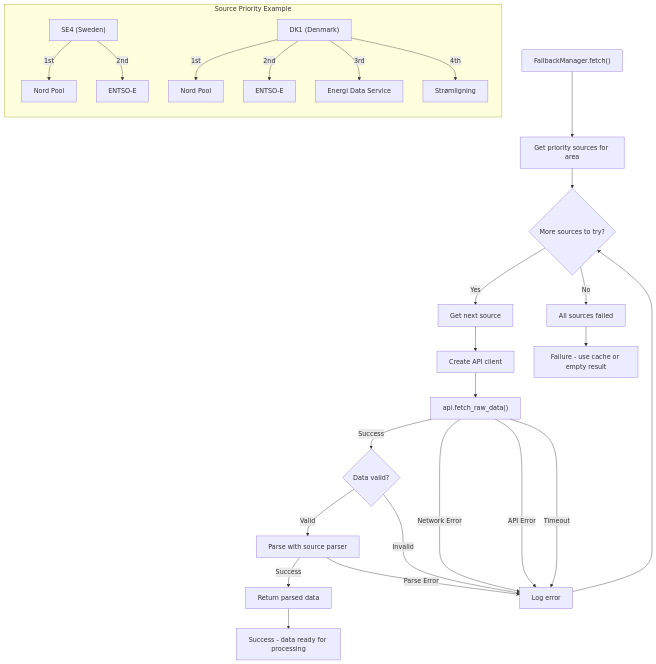
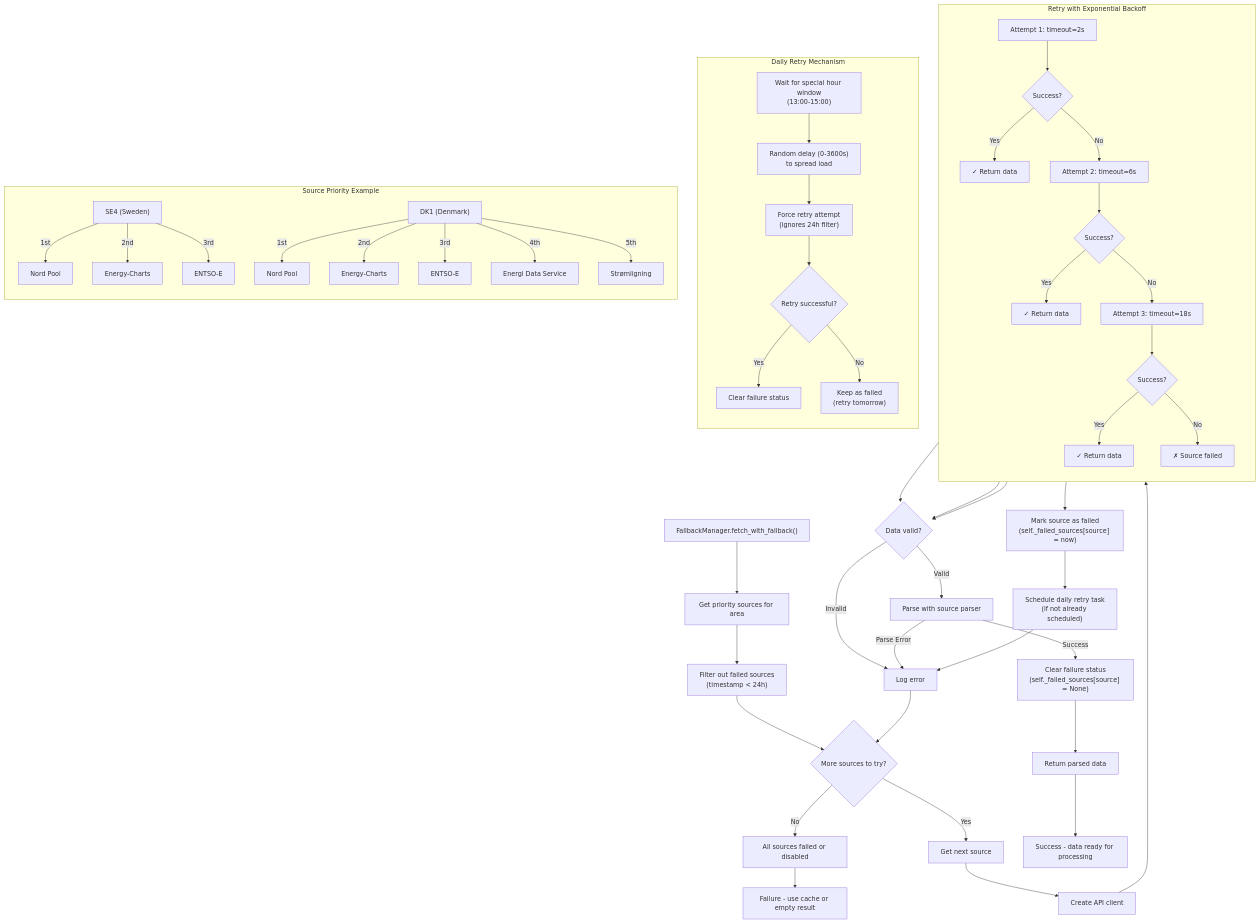
The fourth of 4 diagrams in README.md (enoch85/ge-spot), drawn with Mermaid before and after one commit. The commit also changed other lines of this file and 1 other file, not shown here.

First line of the commit message:
Update README Mermaid diagrams for v1.3.3 architecture + fix duplicate timezone service

````diff
--- a/README.md
+++ b/README.md
@@ -591,38 +646,68 @@
 ```mermaid
 flowchart TD
-    FallbackStart["FallbackManager.fetch()"] --> GetSources["Get priority sources for area"]
-    GetSources --> SourceLoop{"More sources to try?"}
+    FallbackStart["FallbackManager.fetch_with_fallback()"] --> GetSources["Get priority sources for area"]
+    GetSources --> FilterFailed["Filter out failed sources<br/>(timestamp < 24h)"]
+    FilterFailed --> SourceLoop{"More sources to try?"}
     
     SourceLoop --> |"Yes"| NextSource["Get next source"]
-    SourceLoop --> |"No"| FallbackFail["All sources failed"]
+    SourceLoop --> |"No"| FallbackFail["All sources failed or disabled"]
     
     NextSource --> CreateAPI["Create API client"]
-    CreateAPI --> APIFetch["api.fetch_raw_data()"]
+    CreateAPI --> RetryLoop["Exponential Backoff Retry Loop"]
     
-    APIFetch --> |"Success"| ValidateData{"Data valid?"}
-    APIFetch --> |"Network Error"| LogError["Log error"]
-    APIFetch --> |"API Error"| LogError
-    APIFetch --> |"Timeout"| LogError
+    subgraph RetryLoop["Retry with Exponential Backoff"]
+        direction TB
+        Try1["Attempt 1: timeout=2s"] --> Check1{"Success?"}
+        Check1 --> |"Yes"| Success1["✓ Return data"]
+        Check1 --> |"No"| Try2["Attempt 2: timeout=6s"]
+        Try2 --> Check2{"Success?"}
+        Check2 --> |"Yes"| Success2["✓ Return data"]
+        Check2 --> |"No"| Try3["Attempt 3: timeout=18s"]
+        Try3 --> Check3{"Success?"}
+        Check3 --> |"Yes"| Success3["✓ Return data"]
+        Check3 --> |"No"| Failed["✗ Source failed"]
+    end
+    
+    Success1 --> ValidateData{"Data valid?"}
+    Success2 --> ValidateData
+    Success3 --> ValidateData
     
     ValidateData --> |"Valid"| ParseData["Parse with source parser"]
-    ValidateData --> |"Invalid"| LogError
+    ValidateData --> |"Invalid"| LogError["Log error"]
     
-    ParseData --> |"Success"| FallbackSuccess["Return parsed data"]
+    ParseData --> |"Success"| MarkWorking["Clear failure status<br/>(self._failed_sources[source] = None)"]
     ParseData --> |"Parse Error"| LogError
+    
+    MarkWorking --> FallbackSuccess["Return parsed data"]
+    
+    Failed --> MarkFailed["Mark source as failed<br/>(self._failed_sources[source] = now)"]
+    MarkFailed --> ScheduleRetry["Schedule daily retry task<br/>(if not already scheduled)"]
+    ScheduleRetry --> LogError
     
     LogError --> SourceLoop
     
     FallbackSuccess --> End["Success - data ready for processing"]
     FallbackFail --> End2["Failure - use cache or empty result"]
     
+    subgraph DailyRetry["Daily Retry Mechanism"]
+        direction TB
+        WaitWindow["Wait for special hour window<br/>(13:00-15:00)"] --> RandomDelay["Random delay (0-3600s)<br/>to spread load"]
+        RandomDelay --> ForceRetry["Force retry attempt<br/>(ignores 24h filter)"]
+        ForceRetry --> RetrySuccess{"Retry successful?"}
+        RetrySuccess --> |"Yes"| ClearFailure["Clear failure status"]
+        RetrySuccess --> |"No"| KeepFailed["Keep as failed<br/>(retry tomorrow)"]
+    end
+    
     subgraph SourcePriority["Source Priority Example"]
         direction TB
         SE4["SE4 (Sweden)"] --> |"1st"| Nordpool["Nord Pool"]
-        SE4 --> |"2nd"| ENTSOE["ENTSO-E"]
+        SE4 --> |"2nd"| EnergyCharts["Energy-Charts"]
+        SE4 --> |"3rd"| ENTSOE["ENTSO-E"]
         
         DK1["DK1 (Denmark)"] --> |"1st"| NordpoolDK["Nord Pool"]
-        DK1 --> |"2nd"| ENTSODK["ENTSO-E"] 
-        DK1 --> |"3rd"| EnergiData["Energi Data Service"]
-        DK1 --> |"4th"| Stromligning["Strømligning"]
+        DK1 --> |"2nd"| EnergyChartsDK["Energy-Charts"]
+        DK1 --> |"3rd"| ENTSODK["ENTSO-E"] 
+        DK1 --> |"4th"| EnergiData["Energi Data Service"]
+        DK1 --> |"5th"| Stromligning["Strømligning"]
     end
 ```
````
